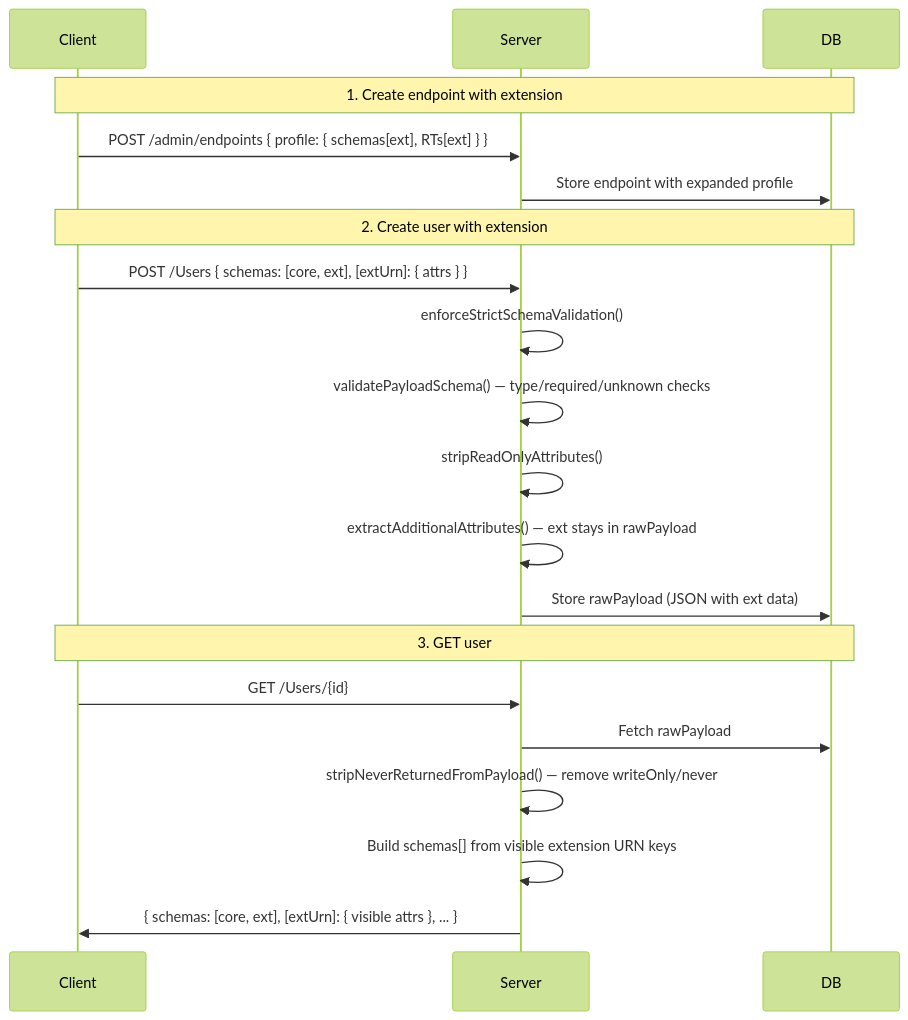
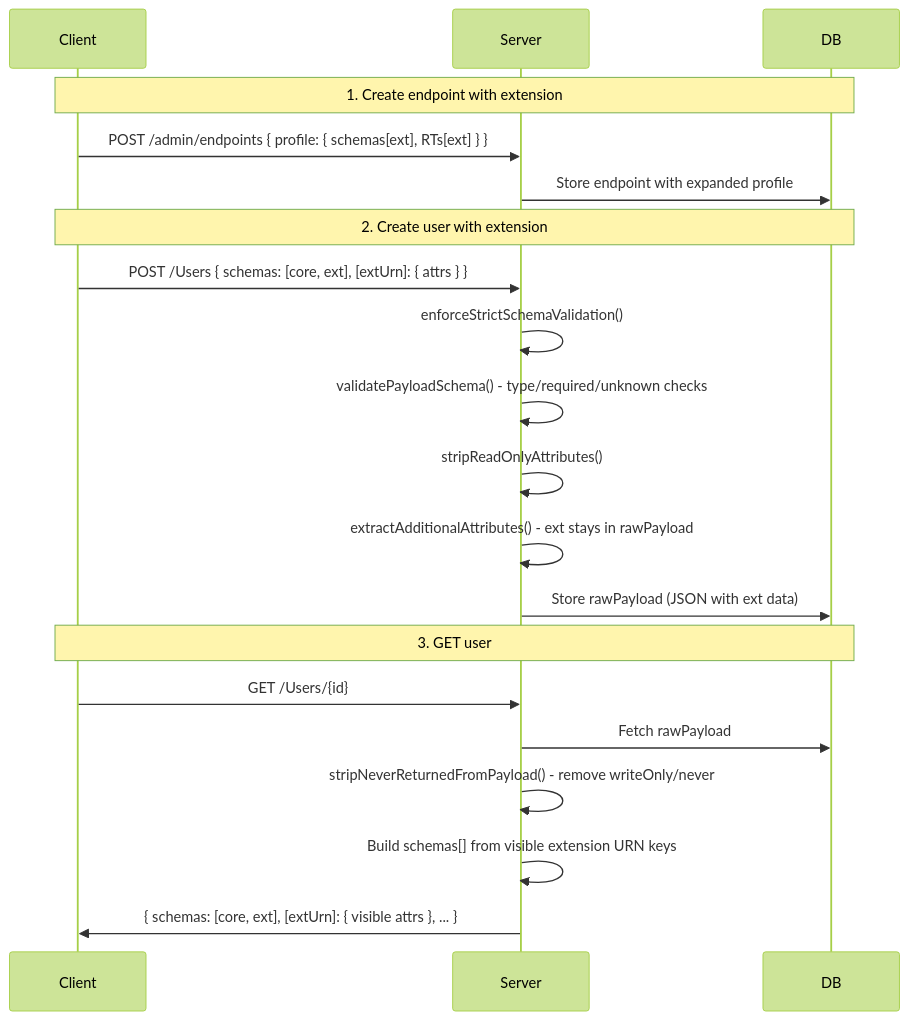
Before and after one commit to pranems/SCIMServer: the fourth of 4 diagrams in docs/SCHEMA_CUSTOMIZATION_GUIDE.md, drawn with Mermaid (forest theme). The commit also changed other lines of this file and 337 other files, not shown here.

````diff
--- a/docs/SCHEMA_CUSTOMIZATION_GUIDE.md
+++ b/docs/SCHEMA_CUSTOMIZATION_GUIDE.md
@@ -1051,25 +1051,25 @@
 ```mermaid
 sequenceDiagram
     participant Client
     participant Server
     participant DB
 
     Note over Client,DB: 1. Create endpoint with extension
     Client->>Server: POST /admin/endpoints { profile: { schemas[ext], RTs[ext] } }
     Server->>DB: Store endpoint with expanded profile
 
     Note over Client,DB: 2. Create user with extension
     Client->>Server: POST /Users { schemas: [core, ext], [extUrn]: { attrs } }
     Server->>Server: enforceStrictSchemaValidation()
-    Server->>Server: validatePayloadSchema() — type/required/unknown checks
+    Server->>Server: validatePayloadSchema() - type/required/unknown checks
     Server->>Server: stripReadOnlyAttributes()
-    Server->>Server: extractAdditionalAttributes() — ext stays in rawPayload
+    Server->>Server: extractAdditionalAttributes() - ext stays in rawPayload
     Server->>DB: Store rawPayload (JSON with ext data)
 
     Note over Client,DB: 3. GET user
     Client->>Server: GET /Users/{id}
     Server->>DB: Fetch rawPayload
-    Server->>Server: stripNeverReturnedFromPayload() — remove writeOnly/never
+    Server->>Server: stripNeverReturnedFromPayload() - remove writeOnly/never
     Server->>Server: Build schemas[] from visible extension URN keys
     Server->>Client: { schemas: [core, ext], [extUrn]: { visible attrs }, ... }
 ```
````
